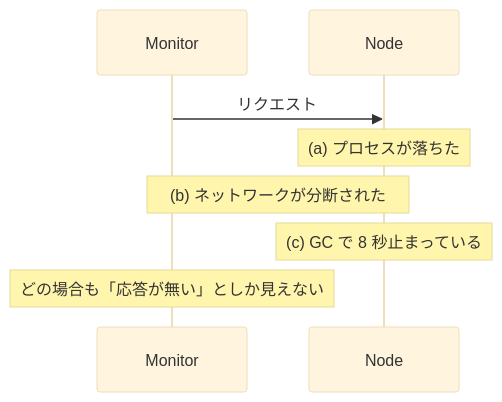
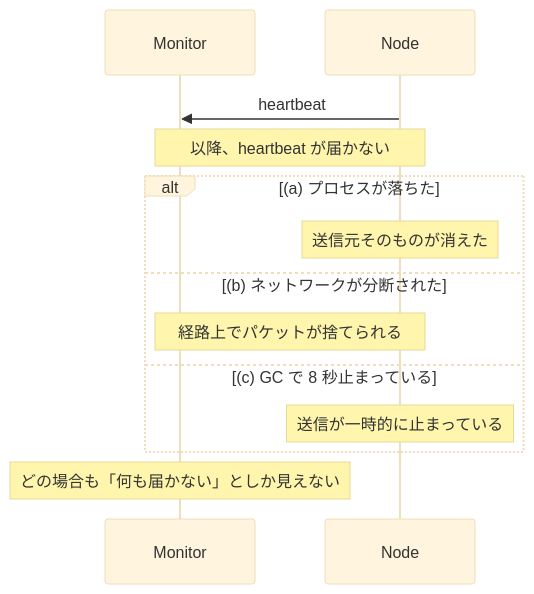
The second of 3 diagrams in content/notes/distributed-systems/heartbeat/index.md (nao1215/debimate), drawn with Mermaid (base theme) before and after one commit. The commit also changed other lines of this file, not shown here.

Commit message:
docs(notes): fix inaccuracies and clarify heartbeat note

````diff
--- a/content/notes/distributed-systems/heartbeat/index.md
+++ b/content/notes/distributed-systems/heartbeat/index.md
@@ -39,10 +41,15 @@
 ```mermaid
 sequenceDiagram
     participant M as Monitor
     participant N as Node
-    M->>N: リクエスト
-    Note over N: (a) プロセスが落ちた
-    Note over M,N: (b) ネットワークが分断された
-    Note over N: (c) GC で 8 秒止まっている
-    Note over M: どの場合も「応答が無い」としか見えない
+    N->>M: heartbeat
+    Note over M,N: 以降、heartbeat が届かない
+    alt (a) プロセスが落ちた
+        Note over N: 送信元そのものが消えた
+    else (b) ネットワークが分断された
+        Note over M,N: 経路上でパケットが捨てられる
+    else (c) GC で 8 秒止まっている
+        Note over N: 送信が一時的に止まっている
+    end
+    Note over M: どの場合も「何も届かない」としか見えない
 ```
````
